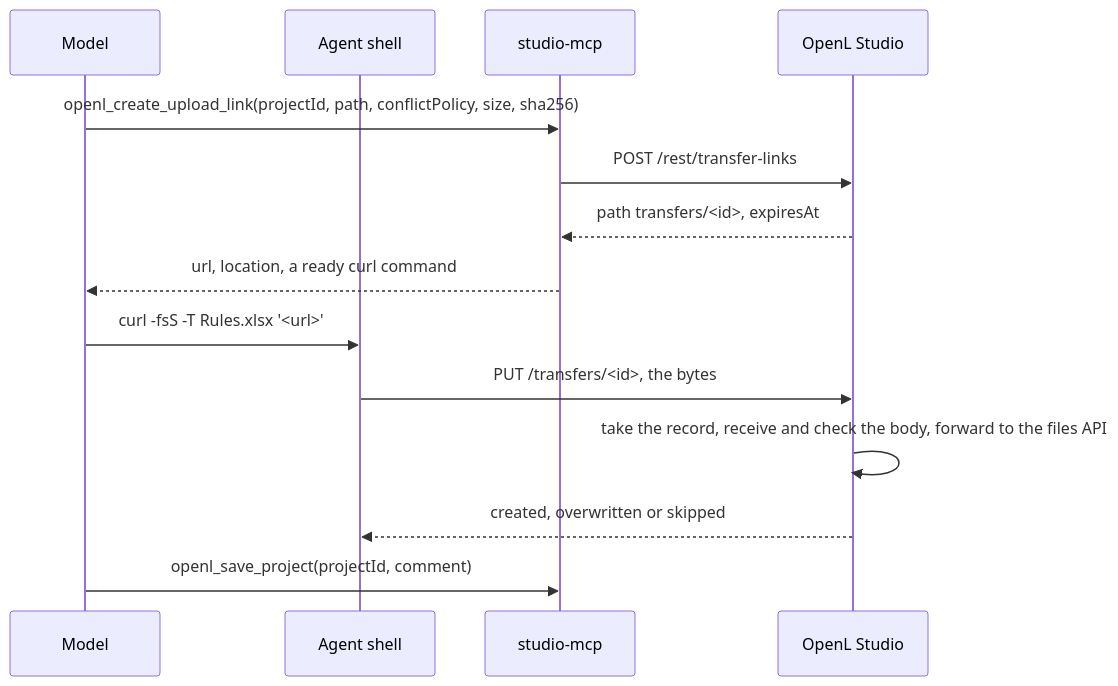
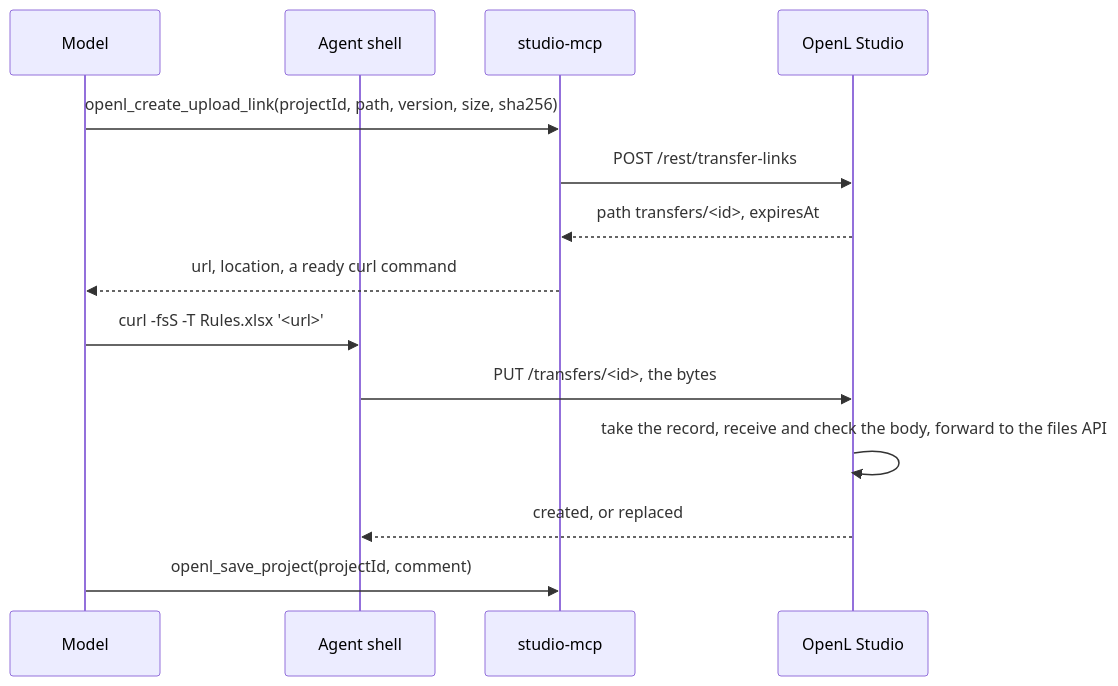
One commit to openl-tablets/openl-tablets changed the second of 2 diagrams in Docs/architecture/mcp-file-transfer.md. Above: the diagram before and after it, drawn with Mermaid. The commit also changed other lines of this file and 181 other files, not shown here.

````diff
--- a/Docs/architecture/mcp-file-transfer.md
+++ b/Docs/architecture/mcp-file-transfer.md
@@ -112,16 +112,16 @@
 ```mermaid
 sequenceDiagram
     participant M as Model
     participant A as Agent shell
     participant N as studio-mcp
     participant S as OpenL Studio
-    M->>N: openl_create_upload_link(projectId, path, conflictPolicy, size, sha256)
+    M->>N: openl_create_upload_link(projectId, path, version, size, sha256)
     N->>S: POST /rest/transfer-links
     S-->>N: path transfers/<id>, expiresAt
     N-->>M: url, location, a ready curl command
     M->>A: curl -fsS -T Rules.xlsx '<url>'
     A->>S: PUT /transfers/<id>, the bytes
     S->>S: take the record, receive and check the body, forward to the files API
-    S-->>A: created, overwritten or skipped
+    S-->>A: created, or replaced
     M->>N: openl_save_project(projectId, comment)
 ```
````
